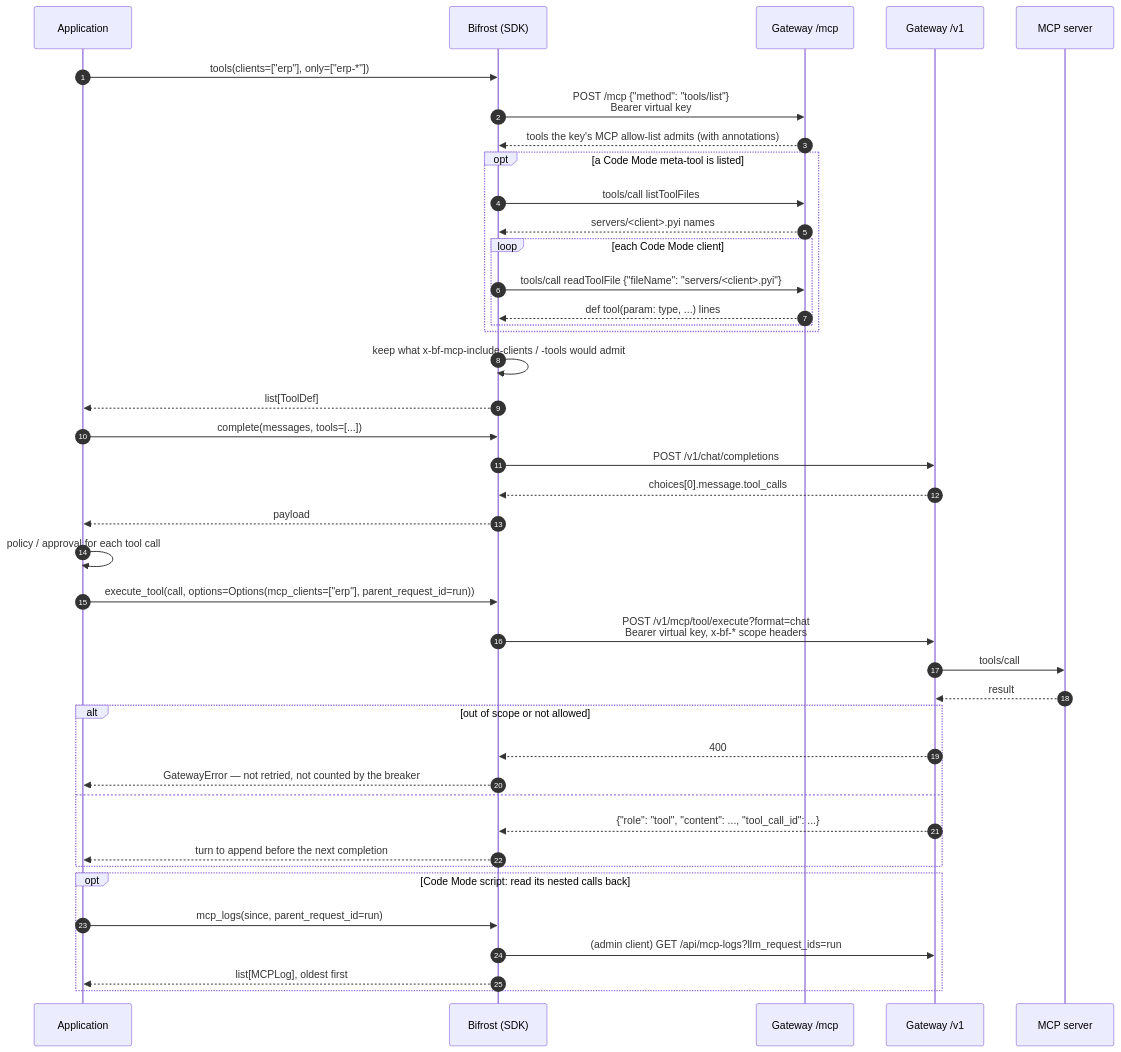
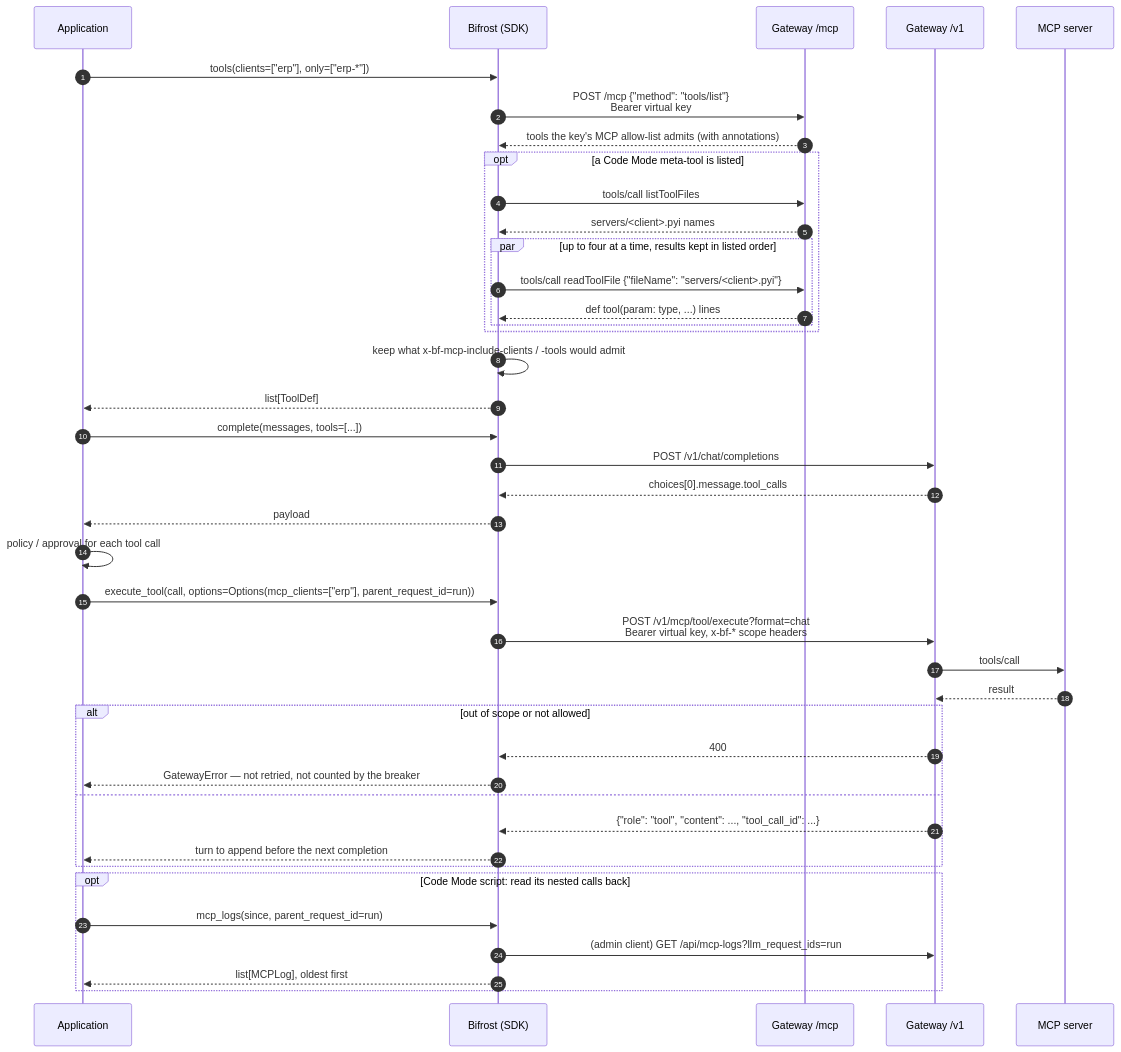
The fifth of 8 diagrams in docs/ARCHITECTURE.md (amitmohapatra/bifrost-sdk), drawn with Mermaid before and after one commit. The commit also changed other lines of this file and 13 other files, not shown here.

````diff
--- a/docs/ARCHITECTURE.md
+++ b/docs/ARCHITECTURE.md
@@ -164,45 +206,45 @@
 ```mermaid
 sequenceDiagram
     autonumber
     participant App as Application
     participant SDK as Bifrost (SDK)
     participant MCP as Gateway /mcp
     participant V1 as Gateway /v1
     participant S as MCP server
 
     App->>SDK: tools(clients=["erp"], only=["erp-*"])
     SDK->>MCP: POST /mcp {"method": "tools/list"}<br/>Bearer virtual key
     MCP-->>SDK: tools the key's MCP allow-list admits (with annotations)
     opt a Code Mode meta-tool is listed
         SDK->>MCP: tools/call listToolFiles
         MCP-->>SDK: servers/<client>.pyi names
-        loop each Code Mode client
+        par up to four at a time, results kept in listed order
             SDK->>MCP: tools/call readToolFile {"fileName": "servers/<client>.pyi"}
             MCP-->>SDK: def tool(param: type, ...) lines
         end
     end
     SDK->>SDK: keep what x-bf-mcp-include-clients / -tools would admit
     SDK-->>App: list[ToolDef]
 
     App->>SDK: complete(messages, tools=[...])
     SDK->>V1: POST /v1/chat/completions
     V1-->>SDK: choices[0].message.tool_calls
     SDK-->>App: payload
     App->>App: policy / approval for each tool call
     App->>SDK: execute_tool(call, options=Options(mcp_clients=["erp"], parent_request_id=run))
     SDK->>V1: POST /v1/mcp/tool/execute?format=chat<br/>Bearer virtual key, x-bf-* scope headers
     V1->>S: tools/call
     S-->>V1: result
     alt out of scope or not allowed
         V1-->>SDK: 400
         SDK-->>App: GatewayError — not retried, not counted by the breaker
     else
         V1-->>SDK: {"role": "tool", "content": ..., "tool_call_id": ...}
         SDK-->>App: turn to append before the next completion
     end
     opt Code Mode script: read its nested calls back
         App->>SDK: mcp_logs(since, parent_request_id=run)
         SDK->>V1: (admin client) GET /api/mcp-logs?llm_request_ids=run
         SDK-->>App: list[MCPLog], oldest first
     end
 ```
````
